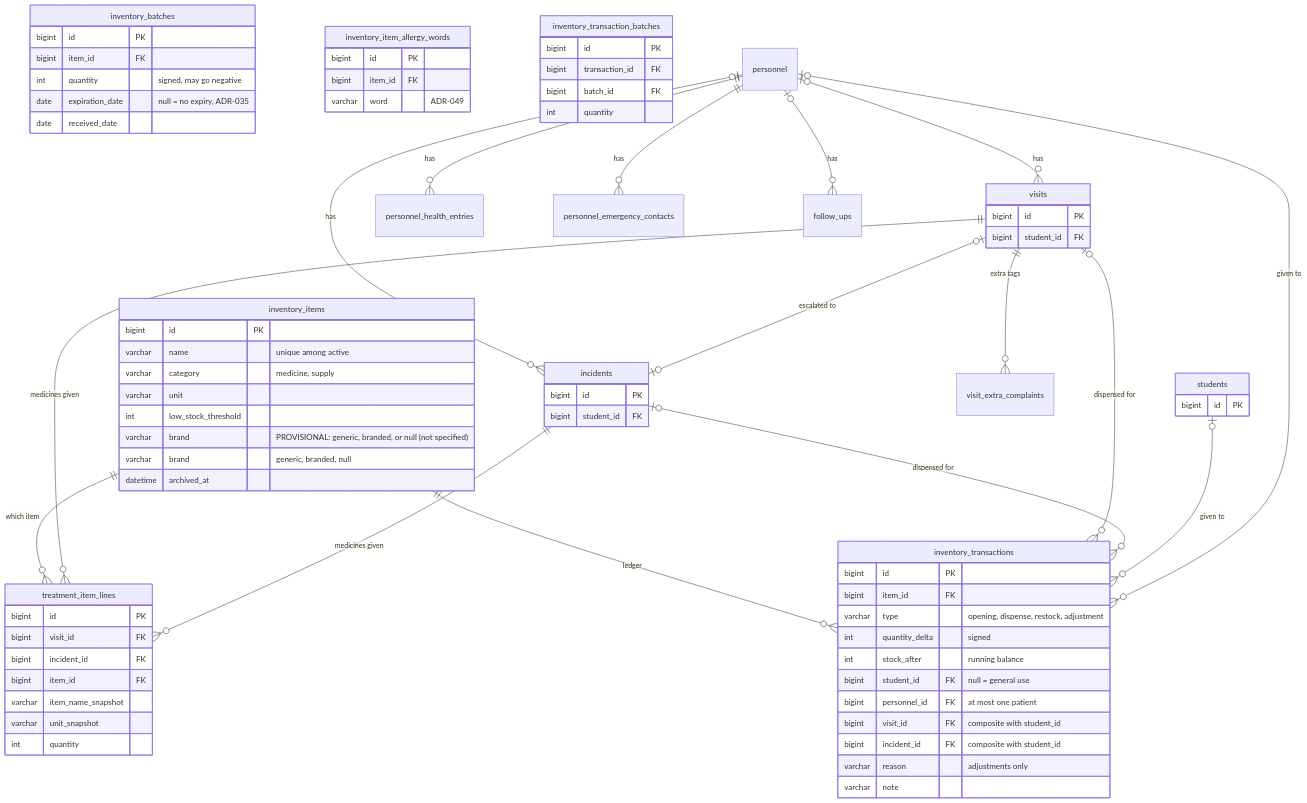
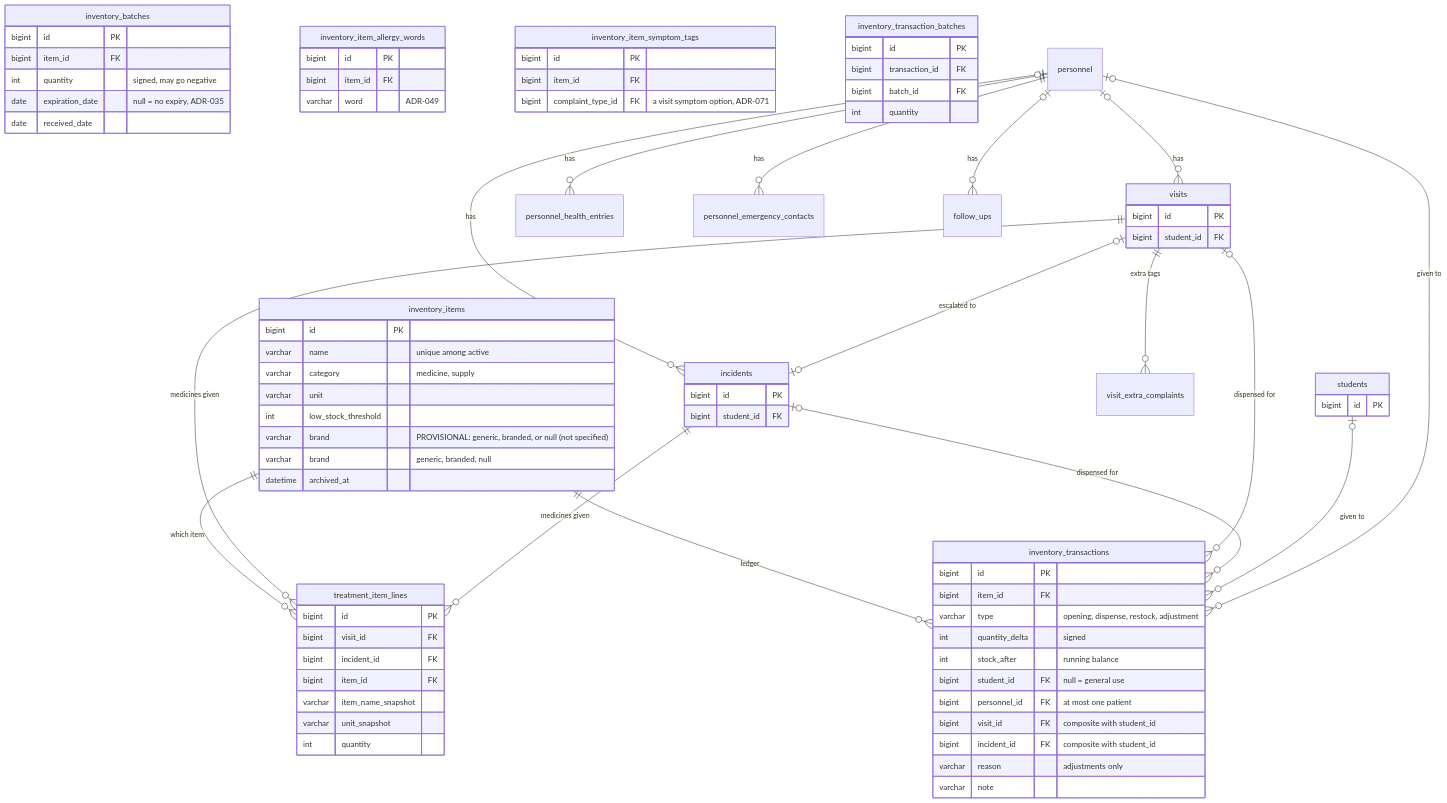
The fifth of 6 diagrams in CLINIQ-Knowledge-Base/02-Architecture/Database/ERD.md (zekuuu/cliniq), drawn with Mermaid before and after one commit. The commit also changed other lines of this file and 4 other files, not shown here.

Commit message:
docs(db): update ERD, data dictionary and overview diagram to 47 tables

```diff
--- a/CLINIQ-Knowledge-Base/02-Architecture/Database/ERD.md
+++ b/CLINIQ-Knowledge-Base/02-Architecture/Database/ERD.md
@@ -457,6 +467,11 @@
         bigint id PK
         bigint item_id FK
         varchar word "ADR-049"
+    }
+    inventory_item_symptom_tags {
+        bigint id PK
+        bigint item_id FK
+        bigint complaint_type_id FK "a visit symptom option, ADR-071"
     }
     inventory_transaction_batches {
         bigint id PK
```
